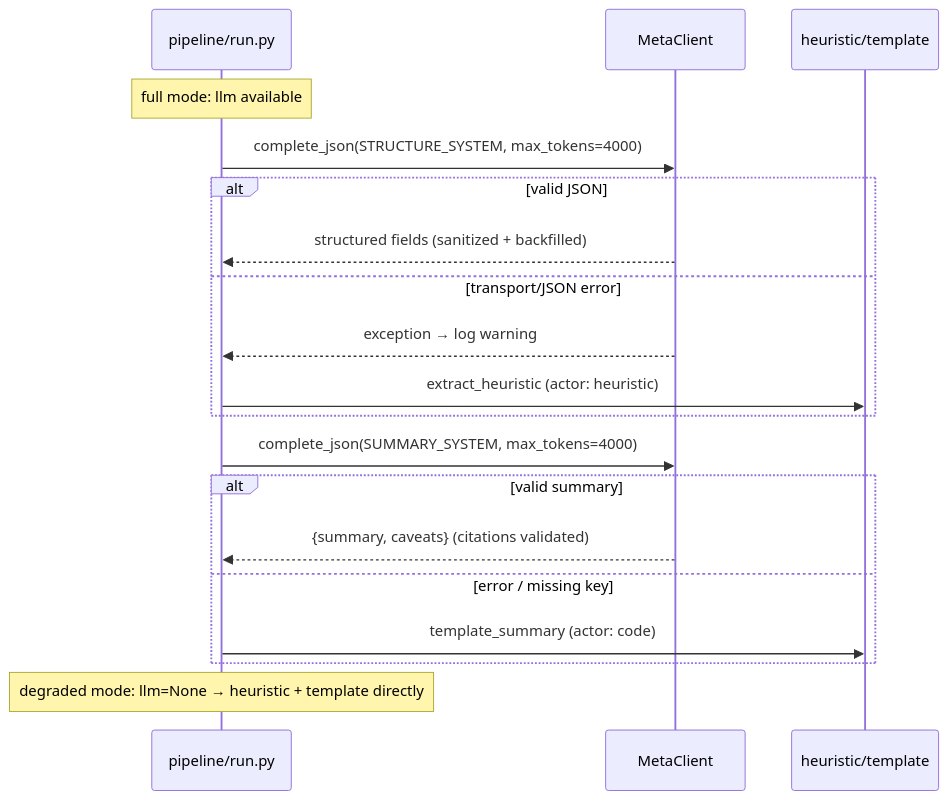
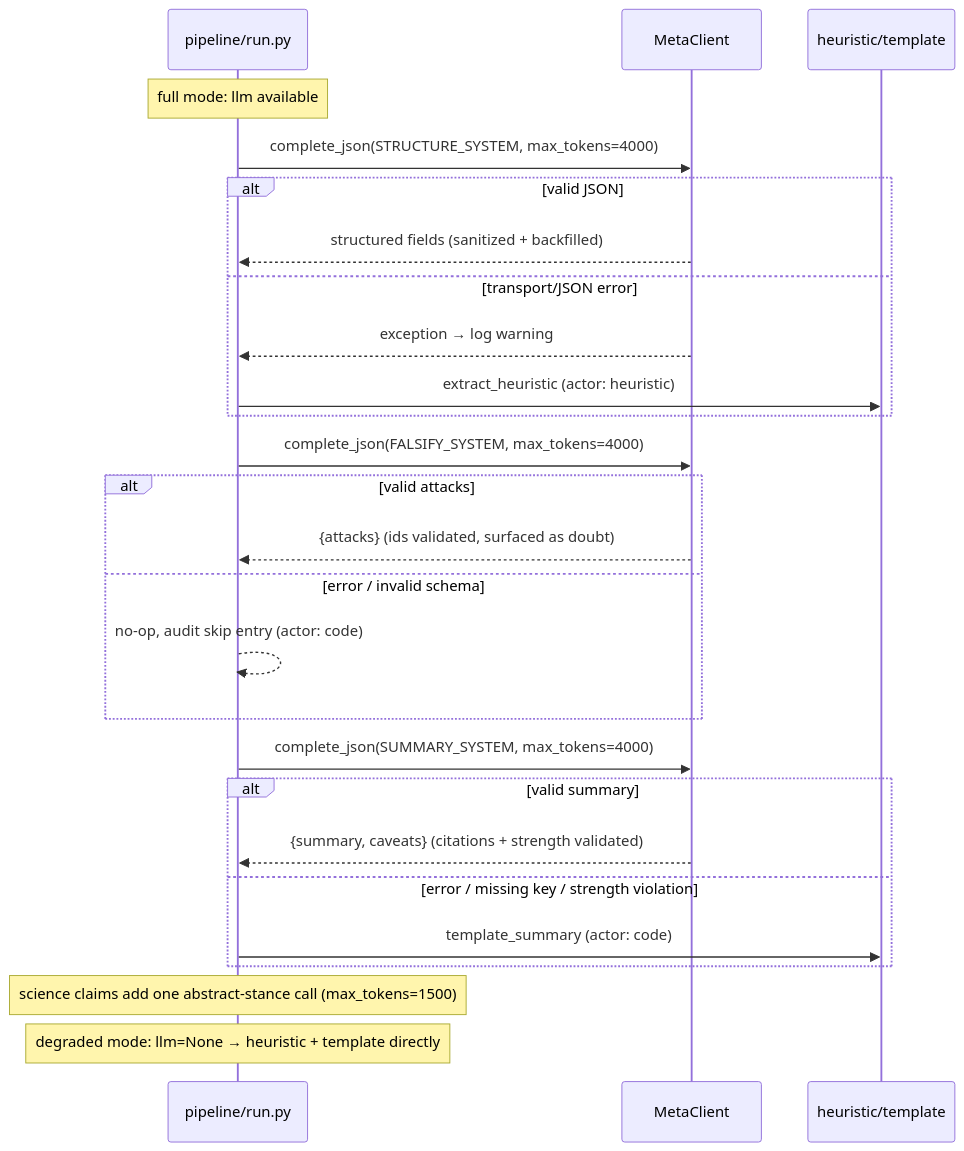
The fifth of 7 diagrams in docs/ARCHITECTURE.md (kiltro-dev/evidence-platform), drawn with Mermaid before and after one commit. The commit also changed other lines of this file and 47 other files, not shown here.

First line of the commit message:
Operation First Place v0.3.0: precision methodology, advisory falsification, abstract science, receipt UX

````diff
--- a/docs/ARCHITECTURE.md
+++ b/docs/ARCHITECTURE.md
@@ -163,22 +183,29 @@
 ```mermaid
 sequenceDiagram
     participant R as pipeline/run.py
     participant M as MetaClient
     participant H as heuristic/template
 
     Note over R: full mode: llm available
     R->>M: complete_json(STRUCTURE_SYSTEM, max_tokens=4000)
     alt valid JSON
         M-->>R: structured fields (sanitized + backfilled)
     else transport/JSON error
         M-->>R: exception → log warning
         R->>H: extract_heuristic (actor: heuristic)
     end
+    R->>M: complete_json(FALSIFY_SYSTEM, max_tokens=4000)
+    alt valid attacks
+        M-->>R: {attacks} (ids validated, surfaced as doubt)
+    else error / invalid schema
+        R-->>R: no-op, audit skip entry (actor: code)
+    end
     R->>M: complete_json(SUMMARY_SYSTEM, max_tokens=4000)
     alt valid summary
-        M-->>R: {summary, caveats} (citations validated)
-    else error / missing key
+        M-->>R: {summary, caveats} (citations + strength validated)
+    else error / missing key / strength violation
         R->>H: template_summary (actor: code)
     end
+    Note over R: science claims add one abstract-stance call (max_tokens=1500)
     Note over R: degraded mode: llm=None → heuristic + template directly
 ```
````
